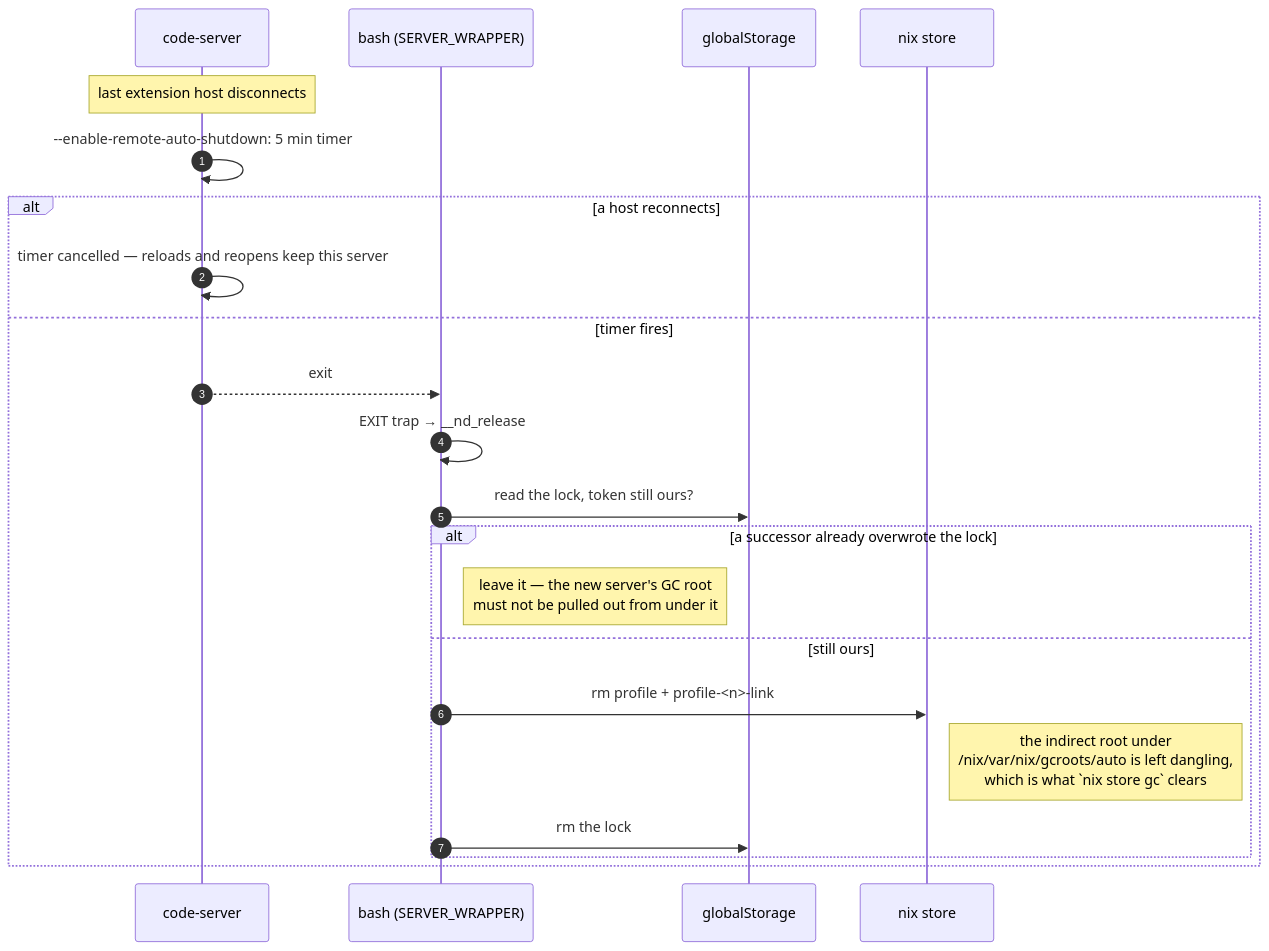
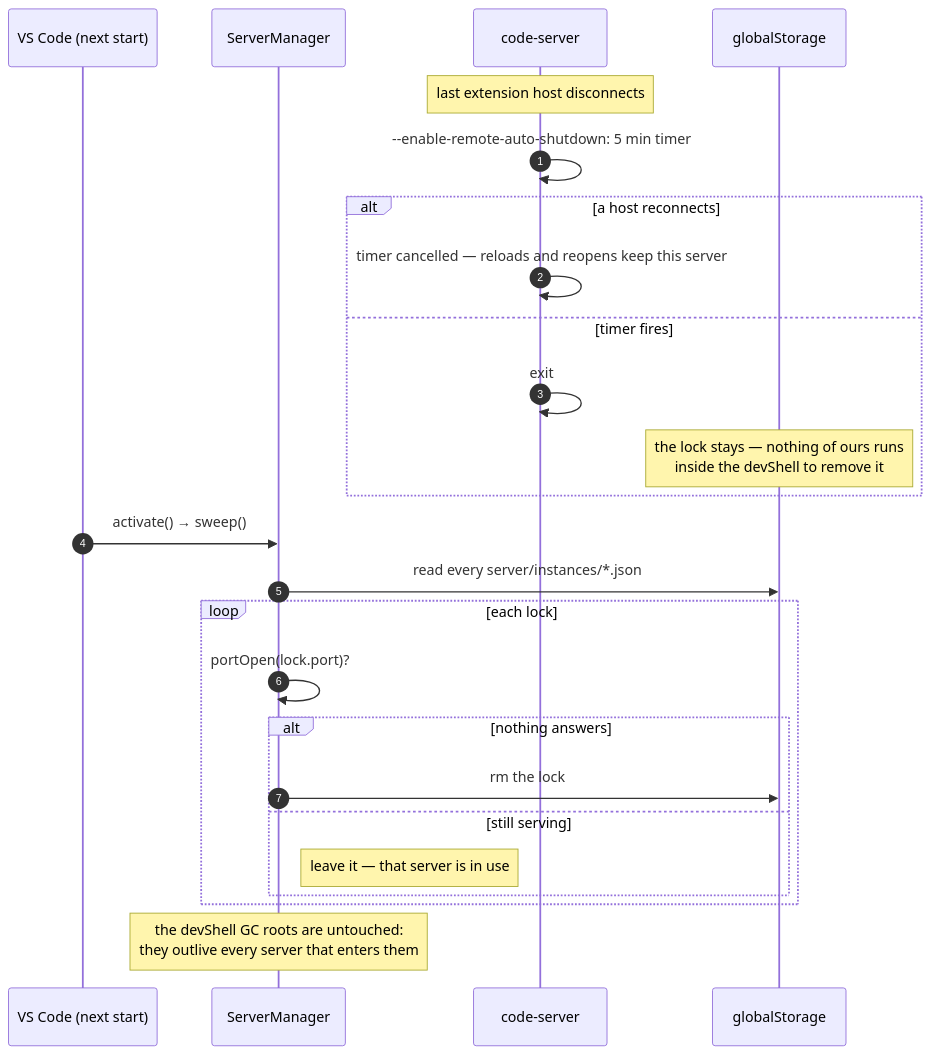
The fourth of 4 diagrams in architecture/startup-sequence.md (wiomoc/vscode-nix-develop), drawn with Mermaid before and after one commit. The commit also changed other lines of this file and 22 other files, not shown here.

````diff
--- a/architecture/startup-sequence.md
+++ b/architecture/startup-sequence.md
@@ -242,25 +239,29 @@
 ```mermaid
 sequenceDiagram
     autonumber
+    participant Code as VS Code (next start)
+    participant SM as ServerManager
     participant Server as code-server
-    participant Shell as bash (SERVER_WRAPPER)
     participant FS as globalStorage
-    participant Nix as nix store
 
     Note over Server: last extension host disconnects
     Server->>Server: --enable-remote-auto-shutdown: 5 min timer
     alt a host reconnects
         Server->>Server: timer cancelled — reloads and reopens keep this server
     else timer fires
-        Server-->>Shell: exit
-        Shell->>Shell: EXIT trap → __nd_release
-        Shell->>FS: read the lock, token still ours?
-        alt a successor already overwrote the lock
-            Note right of Shell: leave it — the new server's GC root<br/>must not be pulled out from under it
-        else still ours
-            Shell->>Nix: rm profile + profile-<n>-link
-            Note right of Nix: the indirect root under<br/>/nix/var/nix/gcroots/auto is left dangling,<br/>which is what `nix store gc` clears
-            Shell->>FS: rm the lock
+        Server->>Server: exit
+        Note over FS: the lock stays — nothing of ours runs<br/>inside the devShell to remove it
+    end
+
+    Code->>SM: activate() → sweep()
+    SM->>FS: read every server/instances/*.json
+    loop each lock
+        SM->>SM: portOpen(lock.port)?
+        alt nothing answers
+            SM->>FS: rm the lock
+        else still serving
+            Note right of SM: leave it — that server is in use
         end
     end
+    Note over SM: the devShell GC roots are untouched:<br/>they outlive every server that enters them
 ```
````
